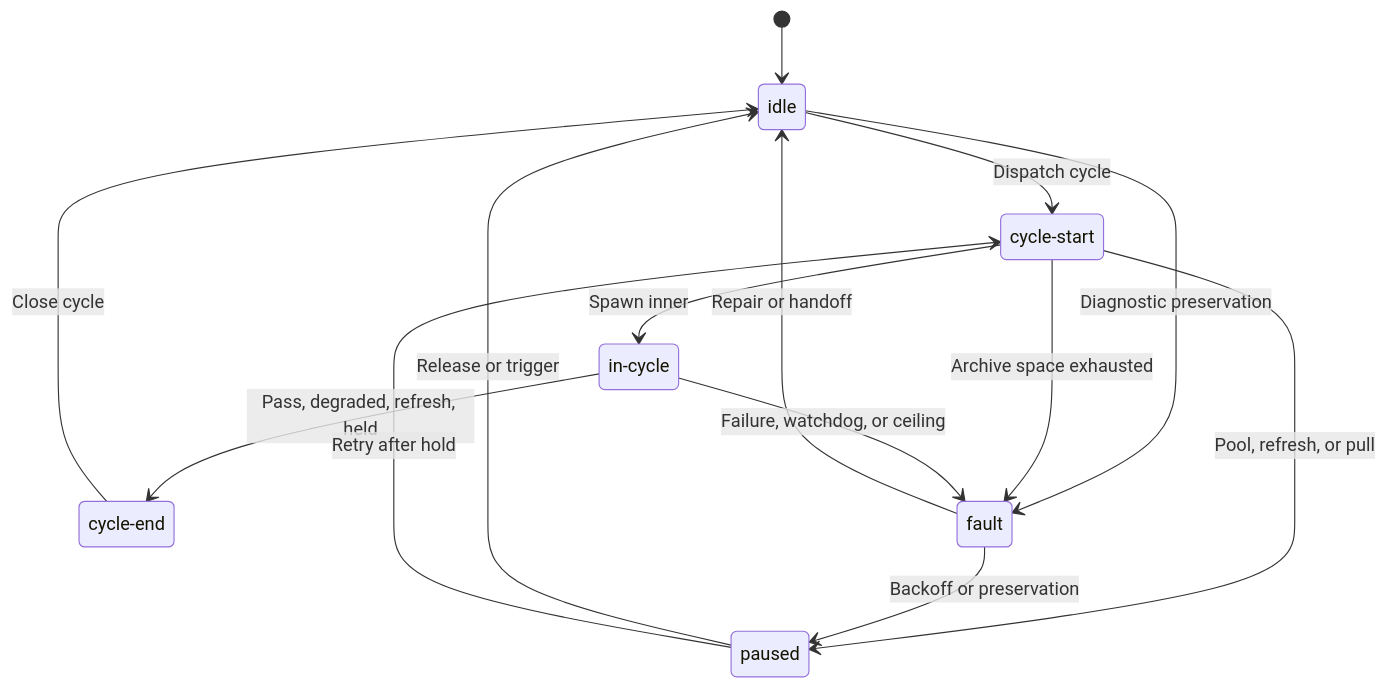
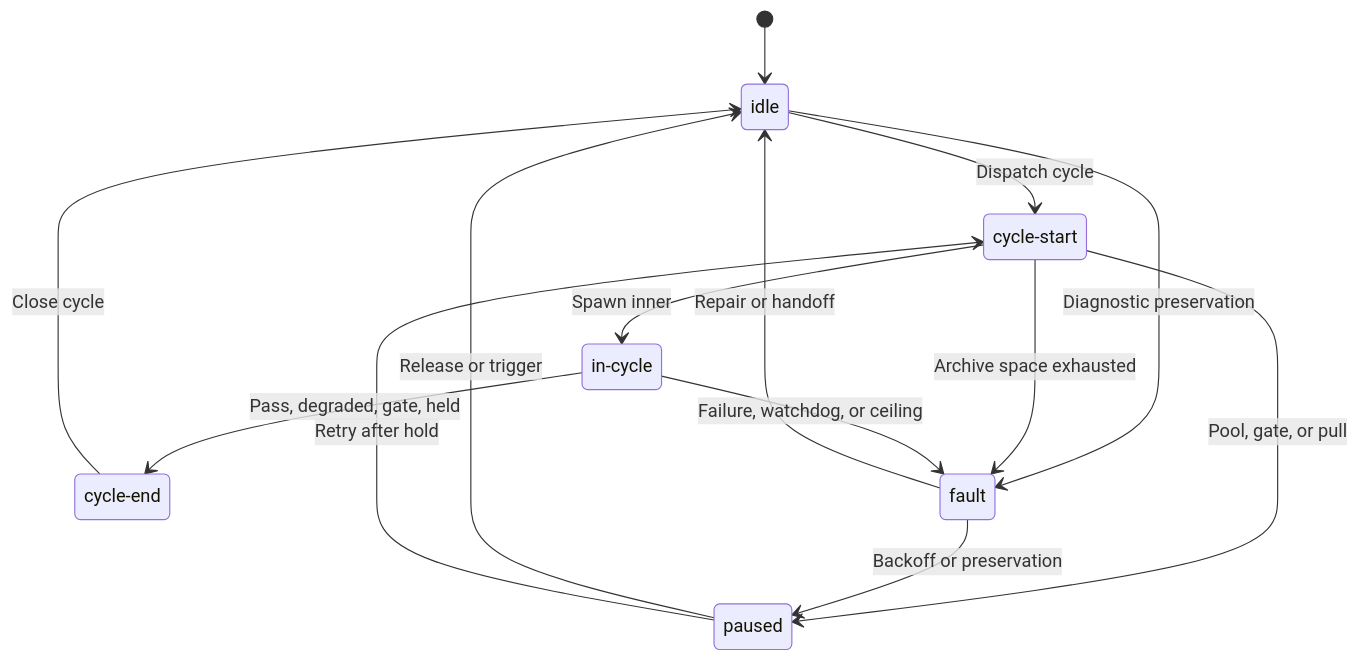
One commit to alissonsol/yuruna changed the first of 10 diagrams in docs/design/04-lifecycle-state.md. Above: the diagram before and after it, drawn with Mermaid. The commit also changed other lines of this file and 1676 other files, not shown here.

````diff
--- a/docs/design/04-lifecycle-state.md
+++ b/docs/design/04-lifecycle-state.md
@@ -11,22 +11,22 @@
 ```mermaid
 stateDiagram-v2
     state "idle" as idle
     state "cycle-start" as cycle_start
     state "in-cycle" as in_cycle
     state "cycle-end" as cycle_end
     state "fault" as fault
     state "paused" as paused
     [*] --> idle
     idle --> cycle_start: Dispatch cycle
     idle --> fault: Diagnostic preservation
     cycle_start --> in_cycle: Spawn inner
     cycle_start --> fault: Archive space exhausted
-    cycle_start --> paused: Pool, refresh, or pull
-    in_cycle --> cycle_end: Pass, degraded, refresh, held
+    cycle_start --> paused: Pool, gate, or pull
+    in_cycle --> cycle_end: Pass, degraded, gate, held
     in_cycle --> fault: Failure, watchdog, or ceiling
     cycle_end --> idle: Close cycle
     fault --> paused: Backoff or preservation
     fault --> idle: Repair or handoff
     paused --> idle: Release or trigger
     paused --> cycle_start: Retry after hold
 ```
````
